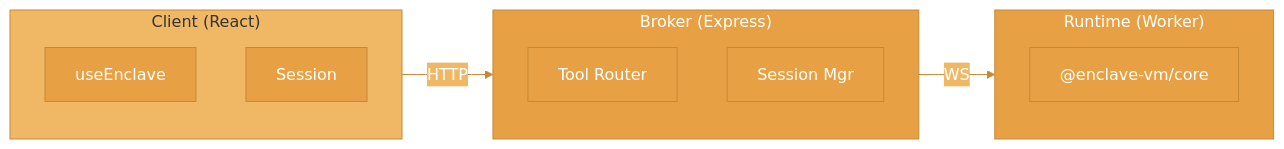
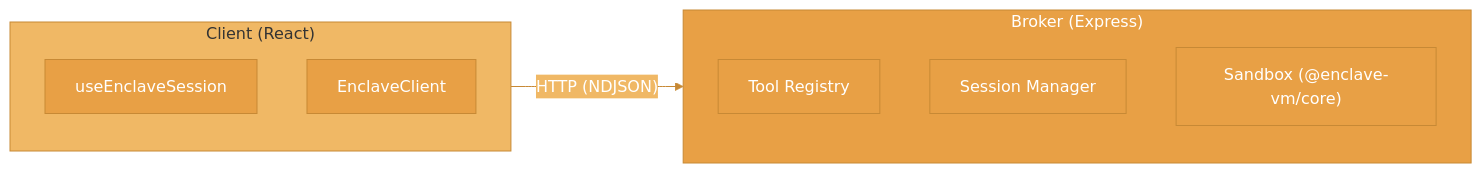
The fourth of 6 diagrams in docs/enclave/concepts/architecture.mdx (agentfront/enclave), drawn with Mermaid before and after one commit. The commit also changed other lines of this file and 22 other files, not shown here.

````diff
--- a/docs/enclave/concepts/architecture.mdx
+++ b/docs/enclave/concepts/architecture.mdx
@@ -136,20 +136,16 @@
 ```mermaid
 %%{init: {'theme': 'base', 'themeVariables': { 'primaryColor': '#e8a045', 'primaryTextColor': '#fff', 'primaryBorderColor': '#c78935', 'lineColor': '#c78935', 'secondaryColor': '#f0b865', 'tertiaryColor': '#fff5e6'}}}%%
 flowchart LR
     subgraph client["Client (React)"]
-        C1["useEnclave"]
-        C2["Session"]
+        C1["useEnclaveSession"]
+        C2["EnclaveClient"]
     end
     subgraph broker["Broker (Express)"]
-        B1["Tool Router"]
-        B2["Session Mgr"]
+        B1["Tool Registry"]
+        B2["Session Manager"]
+        B3["Sandbox (@enclave-vm/core)"]
     end
-    subgraph runtime["Runtime (Worker)"]
-        R1["@enclave-vm/core"]
-    end
-    client -->|HTTP| broker
-    broker -->|WS| runtime
+    client -->|"HTTP (NDJSON)"| broker
     style client fill:#f0b865,stroke:#c78935,color:#333
     style broker fill:#e8a045,stroke:#c78935,color:#fff
-    style runtime fill:#e8a045,stroke:#c78935,color:#fff
 ```
````
